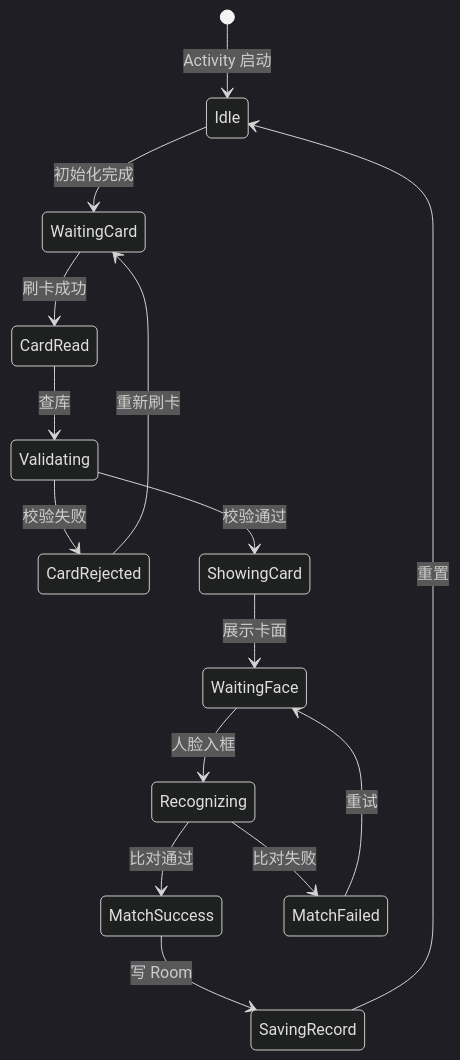
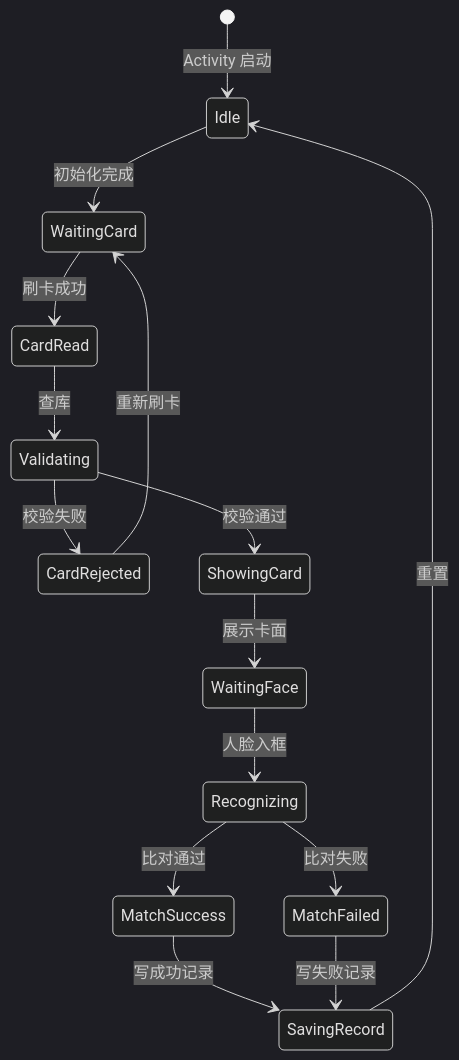
Before and after one commit to aniu7532/airport-face: the eighth of 8 diagrams in refactor/04-data-flow-and-interactions.md, drawn with Mermaid (dark theme). The commit also changed other lines of this file and 7 other files, not shown here.

````diff
--- a/refactor/04-data-flow-and-interactions.md
+++ b/refactor/04-data-flow-and-interactions.md
@@ -264,17 +268,17 @@
 ```mermaid
 stateDiagram-v2
     [*] --> Idle: Activity 启动
     Idle --> WaitingCard: 初始化完成
     WaitingCard --> CardRead: 刷卡成功
     CardRead --> Validating: 查库
     Validating --> CardRejected: 校验失败
     Validating --> ShowingCard: 校验通过
     ShowingCard --> WaitingFace: 展示卡面
     WaitingFace --> Recognizing: 人脸入框
     Recognizing --> MatchSuccess: 比对通过
     Recognizing --> MatchFailed: 比对失败
-    MatchSuccess --> SavingRecord: 写 Room
+    MatchSuccess --> SavingRecord: 写成功记录
+    MatchFailed --> SavingRecord: 写失败记录
     SavingRecord --> Idle: 重置
-    MatchFailed --> WaitingFace: 重试
     CardRejected --> WaitingCard: 重新刷卡
 ```
````
